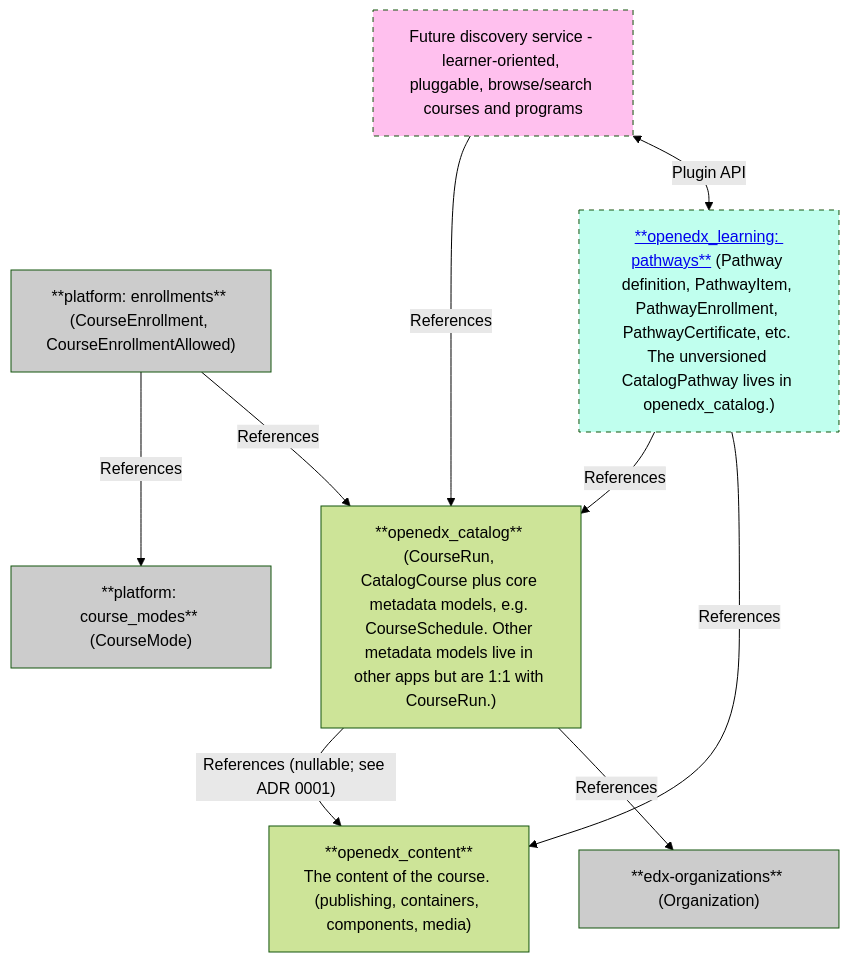
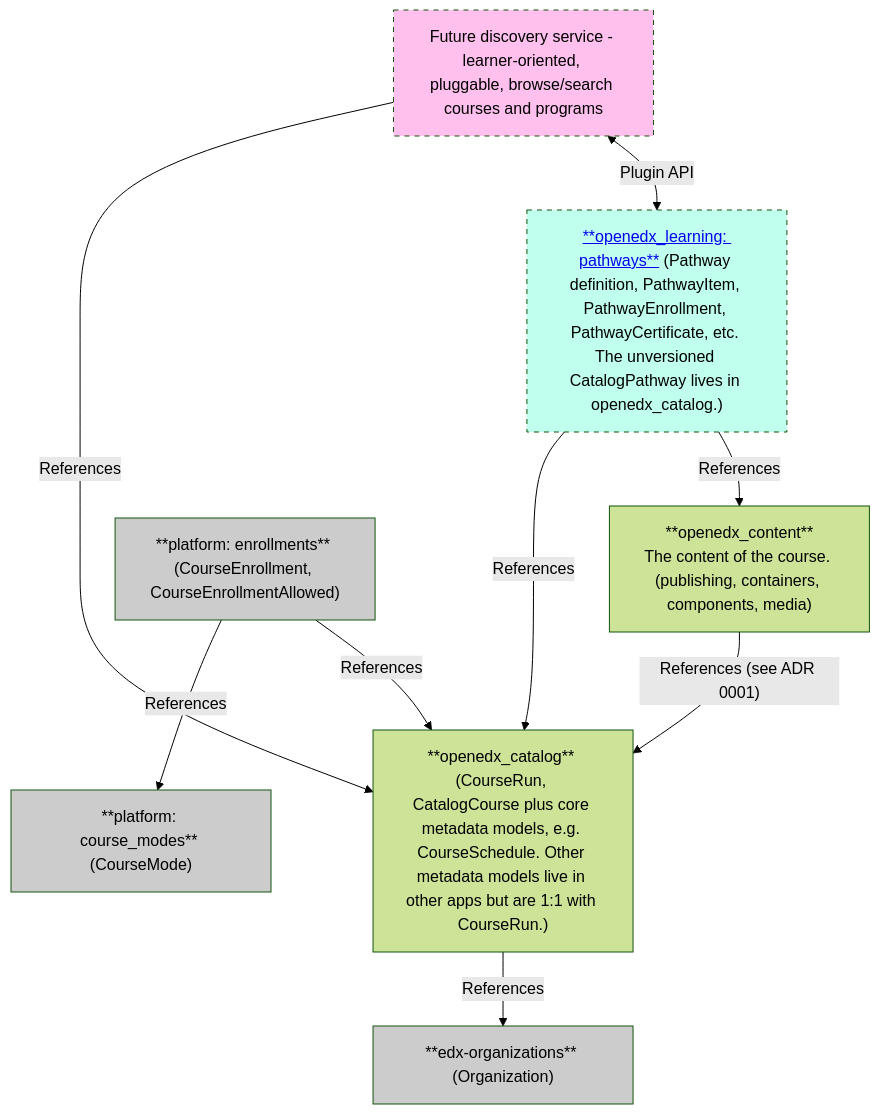
The diagram in src/openedx_catalog/ARCHITECTURE.md (openedx/openedx-core), drawn with Mermaid before and after one commit. The commit also changed 7 other files, not shown here.

````diff
--- a/src/openedx_catalog/ARCHITECTURE.md
+++ b/src/openedx_catalog/ARCHITECTURE.md
@@ -7,30 +7,30 @@
 ```mermaid
 ---
 config:
   theme: 'forest'
 ---
 flowchart TB
     Catalog["**openedx_catalog** (CourseRun, CatalogCourse plus core metadata models, e.g. CourseSchedule. Other metadata models live in other apps but are 1:1 with CourseRun.)"]
     Content["**openedx_content**<br>The content of the course. (publishing, containers, components, media)"]
     Organizations["**edx-organizations** (Organization)"]
     Enrollments["**platform: enrollments** (CourseEnrollment, CourseEnrollmentAllowed)"]
     Modes["**platform: course_modes** (CourseMode)"]
-    Catalog -- "References (nullable; see ADR 0001)" --> Content
+    Content -- "References (see ADR 0001)" --> Catalog
     Catalog -- References --> Organizations
     Enrollments -- References --> Modes
     Enrollments -- References --> Catalog
 
     style Enrollments fill:#ccc
     style Modes fill:#ccc
     style Organizations fill:#ccc
 
     Pathways["<a href='https://openedx.atlassian.net/wiki/spaces/OEPM/pages/5148147732/Brief+Modular+Content+Delivery+-+Platform+Strategy'>**openedx_learning: pathways**</a> (Pathway definition, PathwayItem, PathwayEnrollment, PathwayCertificate, etc. The unversioned CatalogPathway lives in openedx_catalog.)"]
     Pathways -- References --> Catalog
     Pathways -- References --> Content
 
     style Pathways fill:#c0ffee,stroke-dasharray: 5 5
 
     FutureCatalog["Future discovery service - learner-oriented, pluggable, browse/search courses and programs"] -- References --> Catalog
     FutureCatalog <-- Plugin API --> Pathways
     style FutureCatalog fill:#ffc0ee,stroke-dasharray: 5 5
 ```
````
